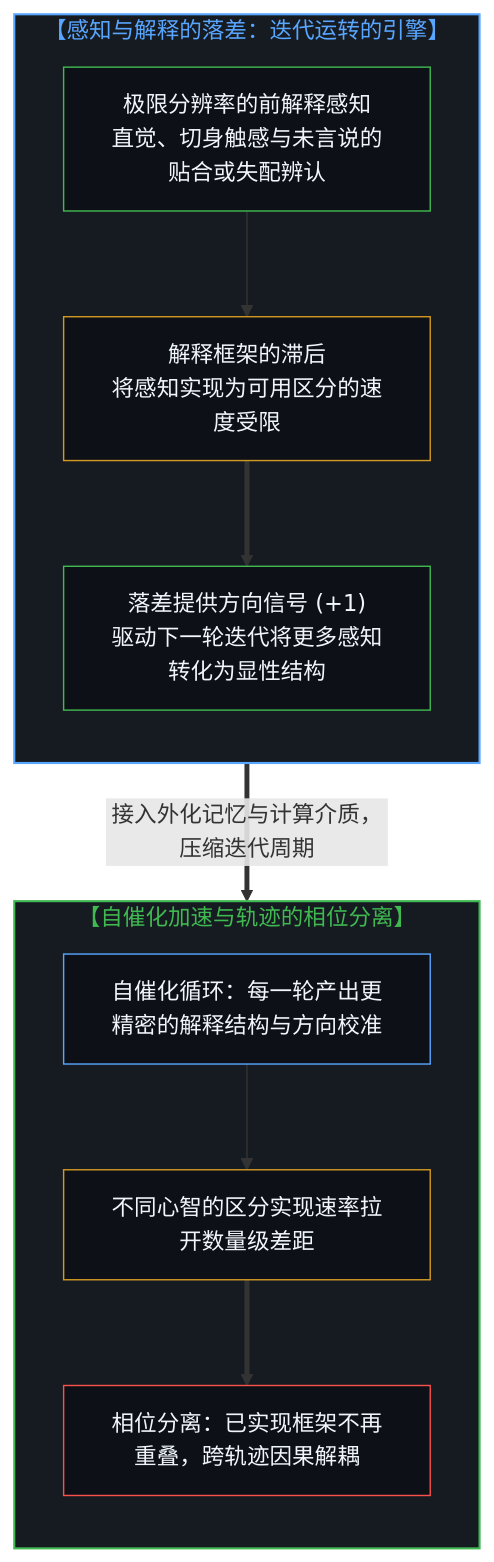
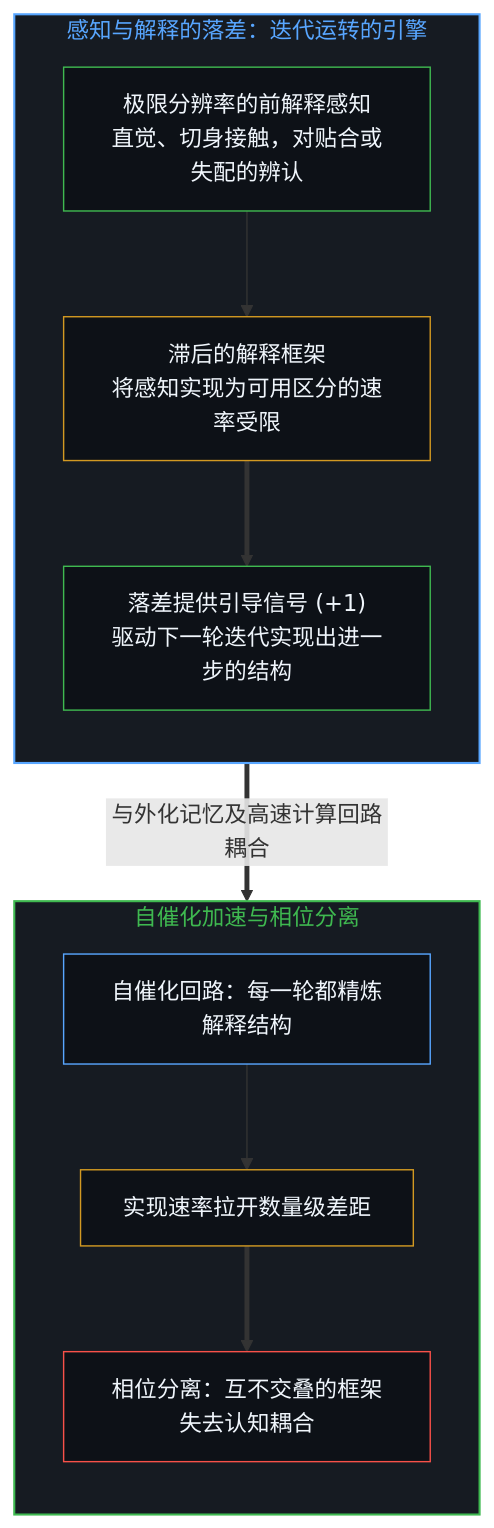
The first of 2 diagrams in content/posts/nobody-has-seen-anything-yet.md (powerpig99/not-a-toe), drawn with Mermaid before and after one commit. The commit also changed other lines of this file and 1 other file, not shown here.

````diff
--- a/content/posts/nobody-has-seen-anything-yet.md
+++ b/content/posts/nobody-has-seen-anything-yet.md
@@ -29,29 +29,26 @@
 ```mermaid
 flowchart TD
-    subgraph S_Contact["【感知与解释的落差：迭代运转的引擎】"]
+    subgraph S_Contact["感知与解释的落差：迭代运转的引擎"]
         direction TB
-        Sensing["极限分辨率的前解释感知<br/>直觉、切身触感与未言说的贴合或失配辨认"]
-        Lag["解释框架的滞后<br/>将感知实现为可用区分的速度受限"]
-        Signal["落差提供方向信号 (+1)<br/>驱动下一轮迭代将更多感知转化为显性结构"]
+        Sensing["极限分辨率的前解释感知<br/>直觉、切身接触，对贴合或失配的辨认"]
+        Lag["滞后的解释框架<br/>将感知实现为可用区分的速率受限"]
+        Signal["落差提供引导信号 (+1)<br/>驱动下一轮迭代实现出进一步的结构"]
         Sensing --> Lag ==> Signal
     end
-
-    S_Contact ==>|"接入外化记忆与计算介质，压缩迭代周期"| S_Divergence
-
-    subgraph S_Divergence["【自催化加速与轨迹的相位分离】"]
+    S_Contact ==>|"与外化记忆及高速计算回路耦合"| S_Divergence
+    subgraph S_Divergence["自催化加速与相位分离"]
         direction TB
-        Autocatalytic["自催化循环：每一轮产出更精密的解释结构与方向校准"]
-        RateGap["不同心智的区分实现速率拉开数量级差距"]
-        PhaseSep["相位分离：已实现框架不再重叠，跨轨迹因果解耦"]
+        Autocatalytic["自催化回路：每一轮都精炼解释结构"]
+        RateGap["实现速率拉开数量级差距"]
+        PhaseSep["相位分离：互不交叠的框架失去认知耦合"]
         Autocatalytic --> RateGap ==> PhaseSep
     end
-
     style S_Contact fill:#161b22,stroke:#58a6ff,stroke-width:1.5px,color:#58a6ff
     style S_Divergence fill:#161b22,stroke:#3fb950,stroke-width:1.5px,color:#3fb950
     style Sensing fill:#0d1117,stroke:#3fb950,stroke-width:1px,color:#f0f6fc
     style Lag fill:#0d1117,stroke:#d29922,stroke-width:1px,color:#f0f6fc
     style Signal fill:#0d1117,stroke:#3fb950,stroke-width:1px,color:#f0f6fc
     style Autocatalytic fill:#0d1117,stroke:#58a6ff,stroke-width:1px,color:#f0f6fc
     style RateGap fill:#0d1117,stroke:#d29922,stroke-width:1px,color:#f0f6fc
     style PhaseSep fill:#0d1117,stroke:#f85149,stroke-width:1px,color:#f0f6fc
 ```
````
